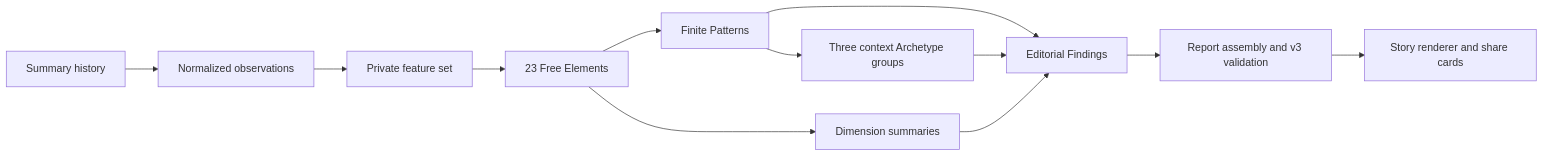
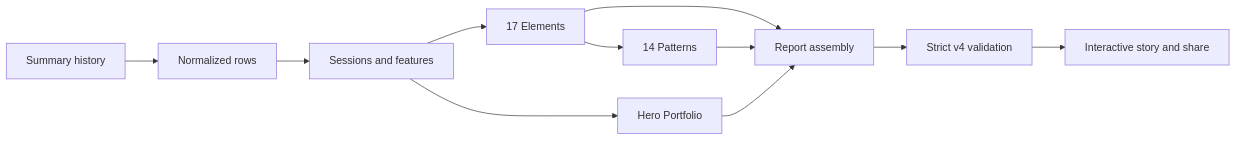
Before and after one commit to harunaka-manifesto/dota-report-card: the diagram in ARCHITECTURE.md, drawn with Mermaid. The commit also changed other lines of this file and 92 other files, not shown here.

````diff
--- a/ARCHITECTURE.md
+++ b/ARCHITECTURE.md
@@ -6,14 +3,13 @@
-```mermaid
+~~~mermaid
 flowchart LR
-    S[Summary history] --> N[Normalized observations]
-    N --> F[Private feature set]
-    F --> E[23 Free Elements]
-    E --> P[Finite Patterns]
-    P --> A[Three context Archetype groups]
-    E --> D[Dimension summaries]
-    P --> X[Editorial Findings]
-    A --> X
-    D --> X
-    X --> R[Report assembly and v3 validation]
-    R --> W[Story renderer and share cards]
-```
+    S[Summary history] --> N[Normalized rows]
+    N --> F[Sessions and features]
+    F --> E[17 Elements]
+    E --> P[14 Patterns]
+    F --> H[Hero Portfolio]
+    E --> R[Report assembly]
+    P --> R
+    H --> R
+    R --> V[Strict v4 validation]
+    V --> W[Interactive story and share]
+~~~
````
